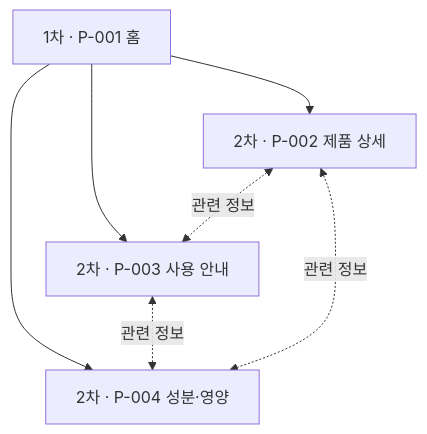
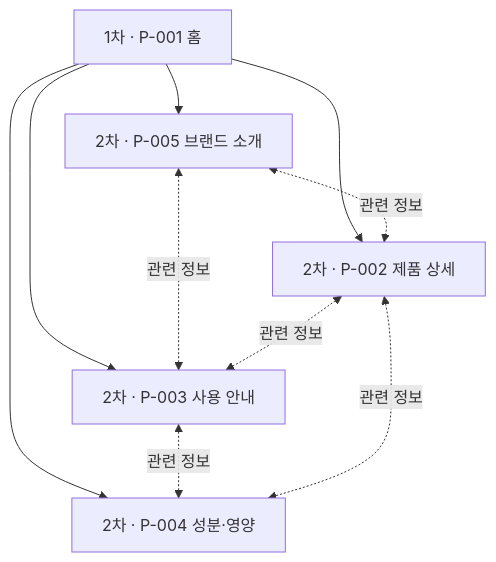
The diagram in kje/UIUXA/WIREFRAME/설계 출력물/사이트 구조맵/사이트맵.mmd (marthakim1-ship-it/Agent), drawn with Mermaid before and after one commit. The commit also changed 18 other files, not shown here.

```diff
--- a/kje/UIUXA/WIREFRAME/설계 출력물/사이트 구조맵/사이트맵.mmd
+++ b/kje/UIUXA/WIREFRAME/설계 출력물/사이트 구조맵/사이트맵.mmd
@@ -1,12 +1,16 @@
 flowchart TD
     HOME["1차 · P-001 홈"]
     DETAIL["2차 · P-002 제품 상세"]
     GUIDE["2차 · P-003 사용 안내"]
     TRUST["2차 · P-004 성분·영양"]
+    BRAND["2차 · P-005 브랜드 소개"]
 
     HOME --> DETAIL
     HOME --> GUIDE
     HOME --> TRUST
+    HOME --> BRAND
+    BRAND <-. "관련 정보" .-> DETAIL
+    BRAND <-. "관련 정보" .-> GUIDE
     DETAIL <-. "관련 정보" .-> GUIDE
     GUIDE <-. "관련 정보" .-> TRUST
     DETAIL <-. "관련 정보" .-> TRUST
```
